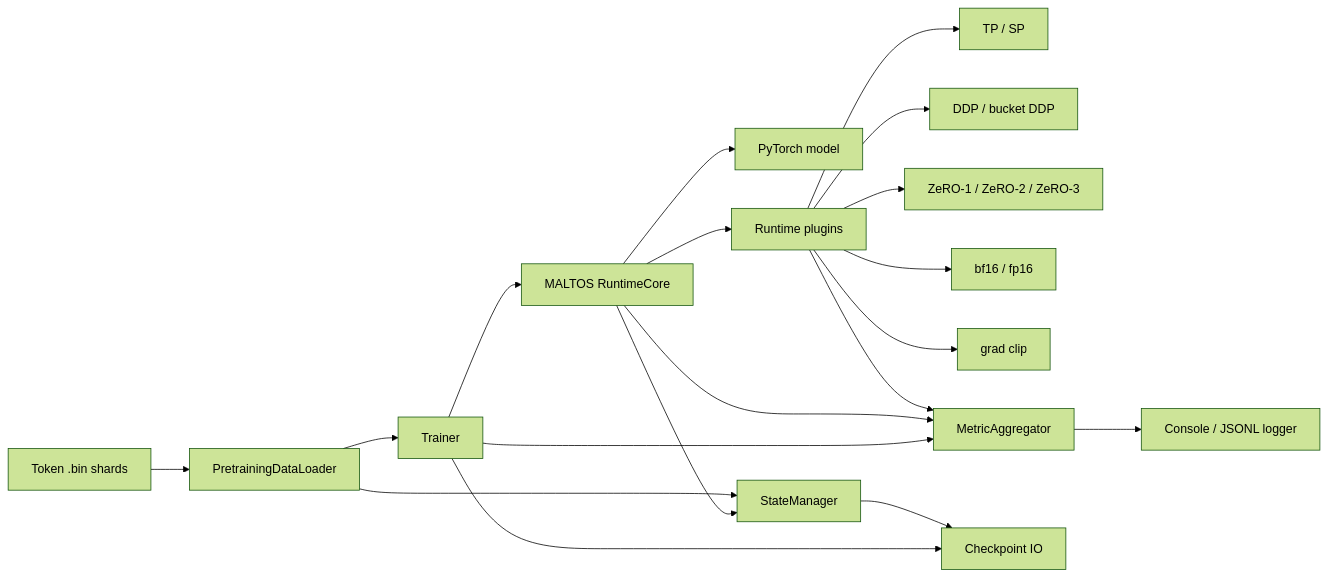
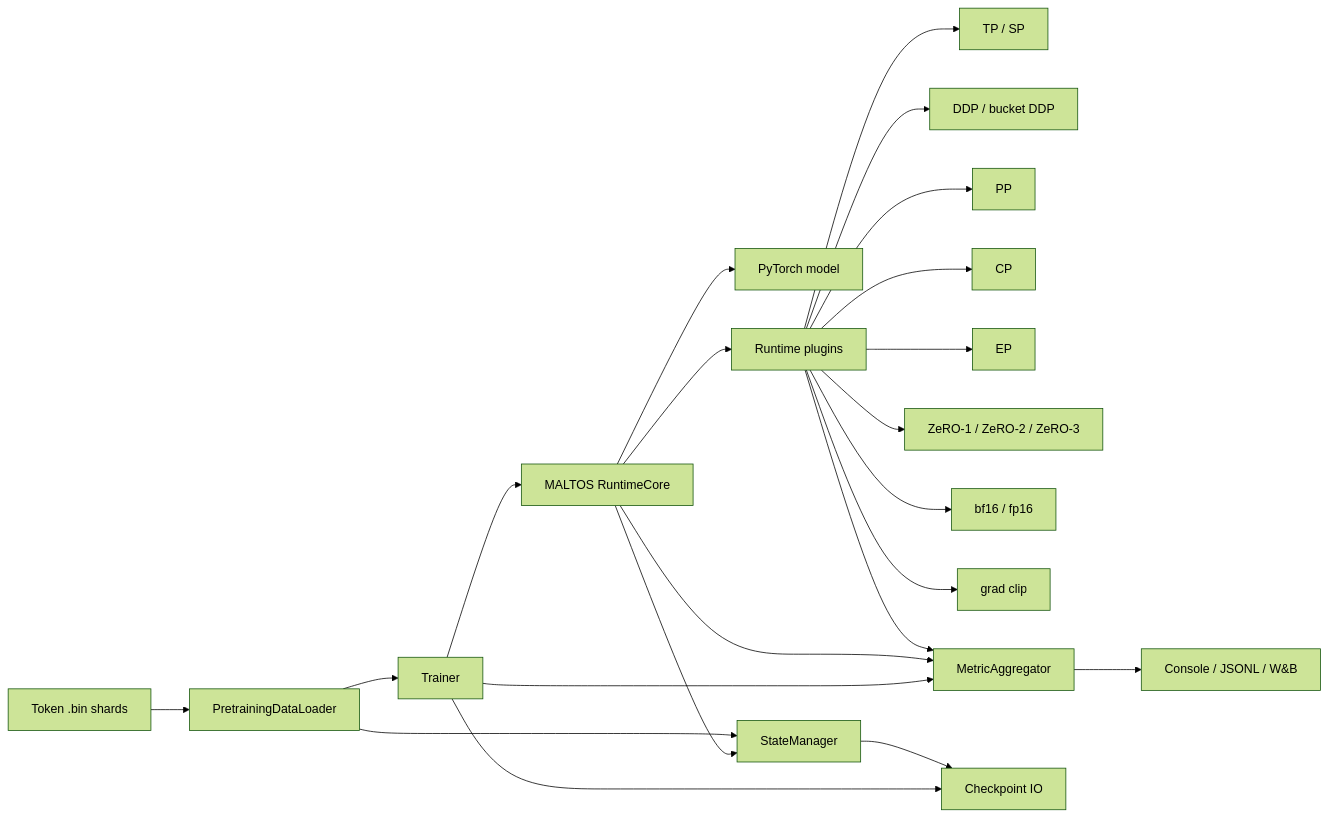
Before and after one commit to xing7code/maltos: the first of 2 diagrams in README.md, drawn with Mermaid (forest theme). The commit also changed other lines of this file and 2 other files, not shown here.

Commit message:
docs: refresh README and architecture docs to match current runtime state.

````diff
--- a/README.md
+++ b/README.md
@@ -65,25 +85,28 @@
 ```mermaid
 flowchart LR
     shards["Token .bin shards"] --> loader["PretrainingDataLoader"]
     loader --> trainer["Trainer"]
 
     trainer --> runtime["MALTOS RuntimeCore"]
     runtime --> model["PyTorch model"]
     runtime --> plugins["Runtime plugins"]
     runtime --> state["StateManager"]
 
     plugins --> tp["TP / SP"]
     plugins --> dp["DDP / bucket DDP"]
+    plugins --> pp["PP"]
+    plugins --> cp["CP"]
+    plugins --> ep["EP"]
     plugins --> zero["ZeRO-1 / ZeRO-2 / ZeRO-3"]
     plugins --> precision["bf16 / fp16"]
     plugins --> clip["grad clip"]
 
     trainer --> metrics["MetricAggregator"]
     runtime --> metrics
     plugins --> metrics
-    metrics --> logger["Console / JSONL logger"]
+    metrics --> logger["Console / JSONL / W&B"]
 
     trainer --> ckpt["Checkpoint IO"]
     state --> ckpt
     loader --> state
 ```
````
